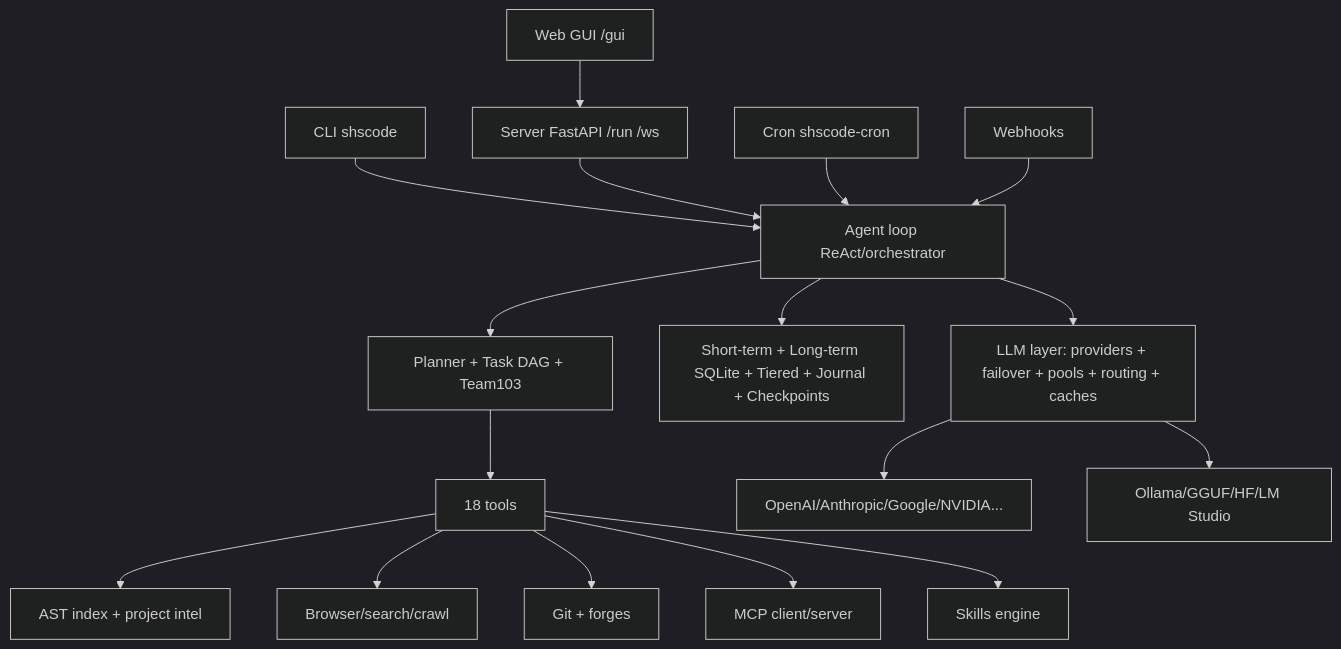
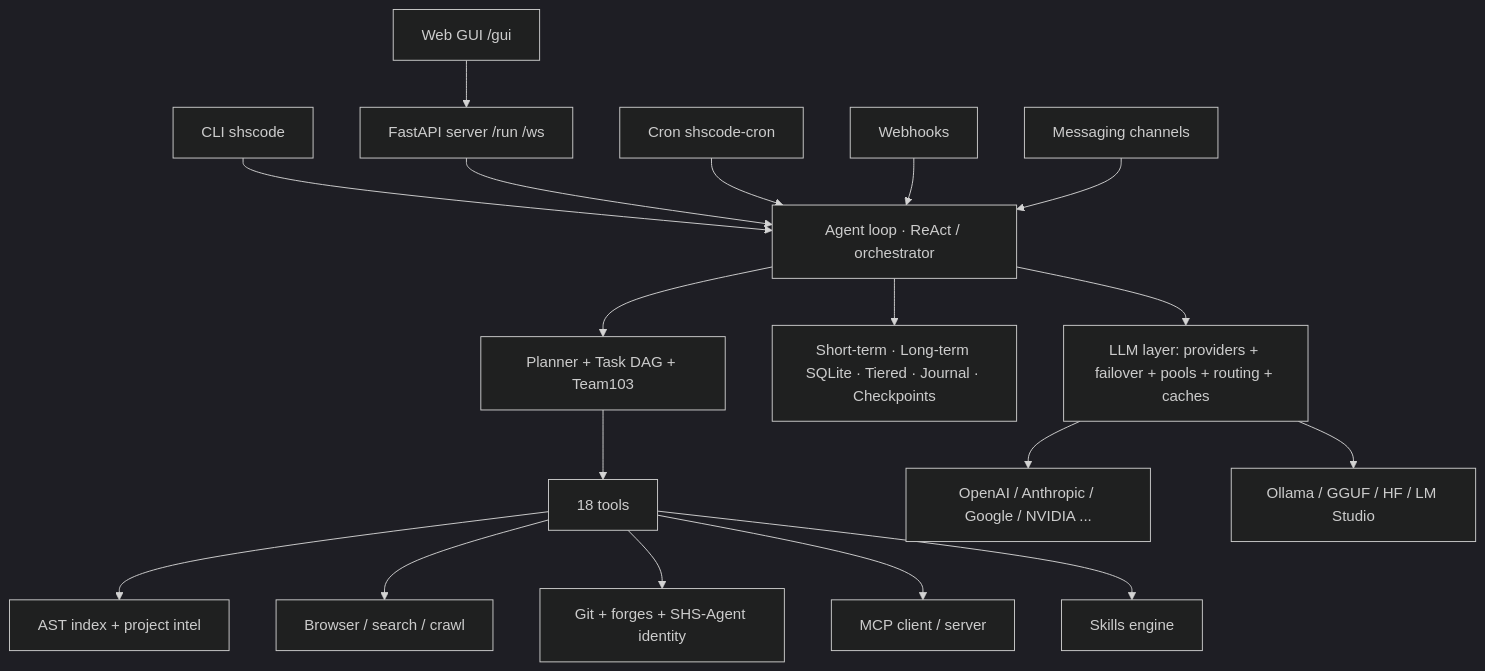
Before and after one commit to shslab-org/SHS-Code: the first of 2 diagrams in README.md, drawn with Mermaid (dark theme). The commit also changed other lines of this file, not shown here.

````diff
--- a/README.md
+++ b/README.md
@@ -223,19 +149,22 @@
 ```mermaid
 flowchart TB
-  CLI[CLI shscode] --> Agent[Agent loop ReAct/orchestrator]
-  GUI[Web GUI /gui] --> Server[Server FastAPI /run /ws]
+  CLI[CLI shscode] --> Agent[Agent loop · ReAct / orchestrator]
+  GUI[Web GUI /gui] --> Server[FastAPI server /run /ws]
   Server --> Agent
   Cron[Cron shscode-cron] --> Agent
   Webhook[Webhooks] --> Agent
+  Channels[Messaging channels] --> Agent
+
   Agent --> Planner[Planner + Task DAG + Team103]
   Planner --> Tools[18 tools]
   Tools --> CodeIntel[AST index + project intel]
-  Tools --> Browser[Browser/search/crawl]
-  Tools --> Git[Git + forges]
-  Tools --> MCP[MCP client/server]
+  Tools --> Browser[Browser / search / crawl]
+  Tools --> Git[Git + forges + SHS-Agent identity]
+  Tools --> MCP[MCP client / server]
   Tools --> Skills[Skills engine]
-  Agent --> Memory[Short-term + Long-term SQLite + Tiered + Journal + Checkpoints]
+
+  Agent --> Memory[Short-term · Long-term SQLite · Tiered · Journal · Checkpoints]
   Agent --> LLM[LLM layer: providers + failover + pools + routing + caches]
-  LLM --> Cloud[OpenAI/Anthropic/Google/NVIDIA...]
-  LLM --> Local[Ollama/GGUF/HF/LM Studio]
+  LLM --> Cloud[OpenAI / Anthropic / Google / NVIDIA ...]
+  LLM --> Local[Ollama / GGUF / HF / LM Studio]
 ```
````
